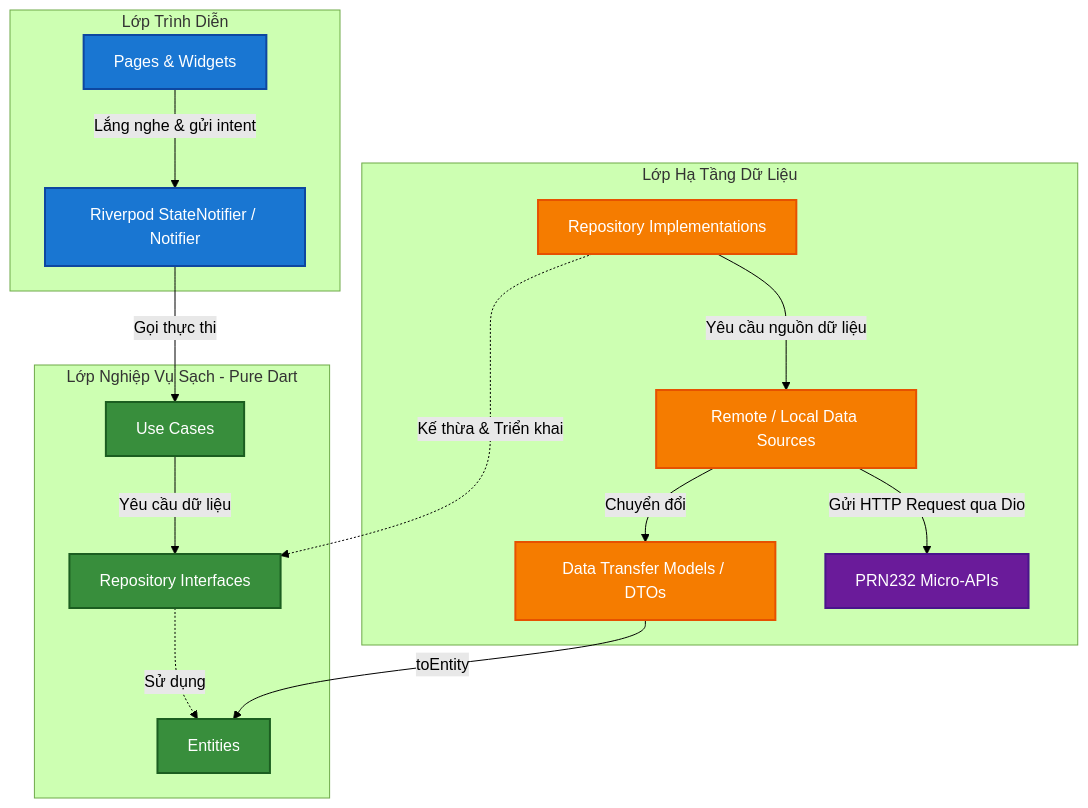
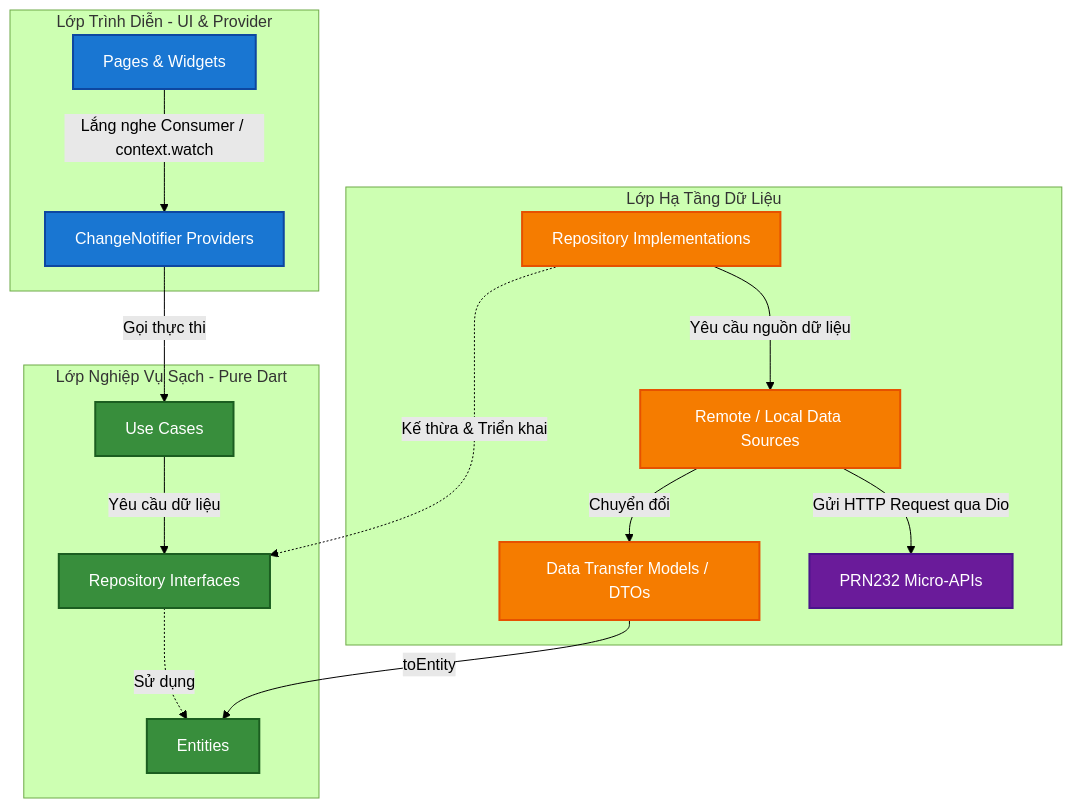
Before and after one commit to thpntmk471/hotel-mobile-prm393: the diagram in hotel-management-docs/developer_guide.md, drawn with Mermaid (forest theme). The commit also changed other lines of this file and 3 other files, not shown here.

Commit message:
refactor: switch state management to Provider (ChangeNotifier) for PRM393 standard

````diff
--- a/hotel-management-docs/developer_guide.md
+++ b/hotel-management-docs/developer_guide.md
@@ -13,30 +14,30 @@
 ```mermaid
 graph TD
-    subgraph Presentation Layer [Lớp Trình Diễn]
-        UI[Pages & Widgets] -->|Lắng nghe & gửi intent| Provider[Riverpod StateNotifier / Notifier]
+    subgraph Presentation Layer [Lớp Trình Diễn - UI & Provider]
+        UI[Pages & Widgets] -->|Lắng nghe Consumer / context.watch| VM[ChangeNotifier Providers]
     end
 
     subgraph Domain Layer [Lớp Nghiệp Vụ Sạch - Pure Dart]
-        Provider -->|Gọi thực thi| UseCase[Use Cases]
+        VM -->|Gọi thực thi| UseCase[Use Cases]
         UseCase -->|Yêu cầu dữ liệu| RepoInterface[Repository Interfaces]
         RepoInterface -.->|Sử dụng| Entity[Entities]
     end
 
     subgraph Data Layer [Lớp Hạ Tầng Dữ Liệu]
         RepoImpl[Repository Implementations] -.->|Kế thừa & Triển khai| RepoInterface
         RepoImpl -->|Yêu cầu nguồn dữ liệu| DataSource[Remote / Local Data Sources]
         DataSource -->|Chuyển đổi| DTO[Data Transfer Models / DTOs]
         DTO -->|toEntity| Entity
         DataSource -->|Gửi HTTP Request qua Dio| Backend[PRN232 Micro-APIs]
     end
 
     classDef presentation fill:#1976D2,stroke:#0D47A1,stroke-width:2px,color:#fff;
     classDef domain fill:#388E3C,stroke:#1B5E20,stroke-width:2px,color:#fff;
     classDef data fill:#F57C00,stroke:#E65100,stroke-width:2px,color:#fff;
     classDef backend fill:#6A1B9A,stroke:#4A148C,stroke-width:2px,color:#fff;
 
-    class UI,Provider presentation;
+    class UI,VM presentation;
     class UseCase,RepoInterface,Entity domain;
     class RepoImpl,DataSource,DTO data;
     class Backend backend;
 ```
````
